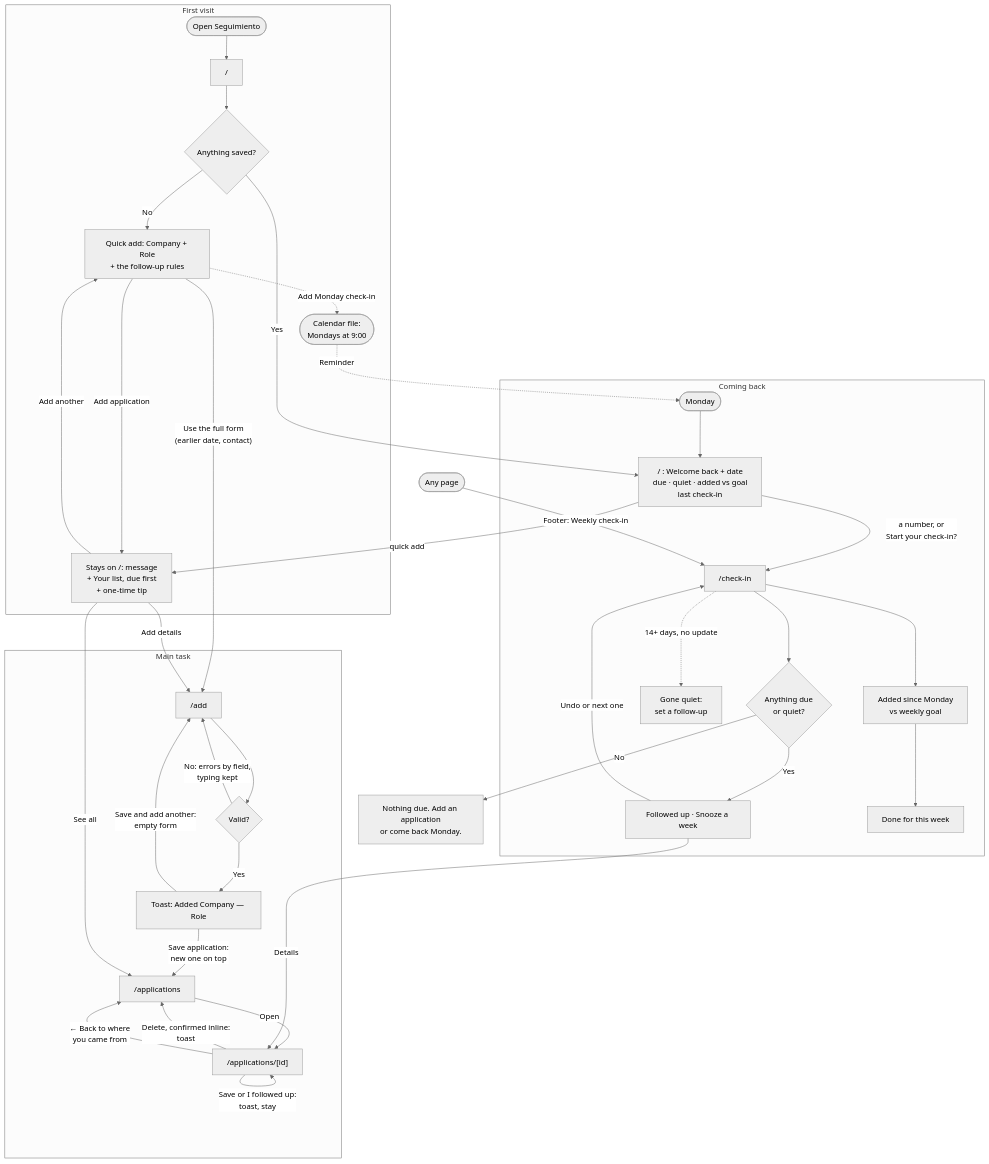
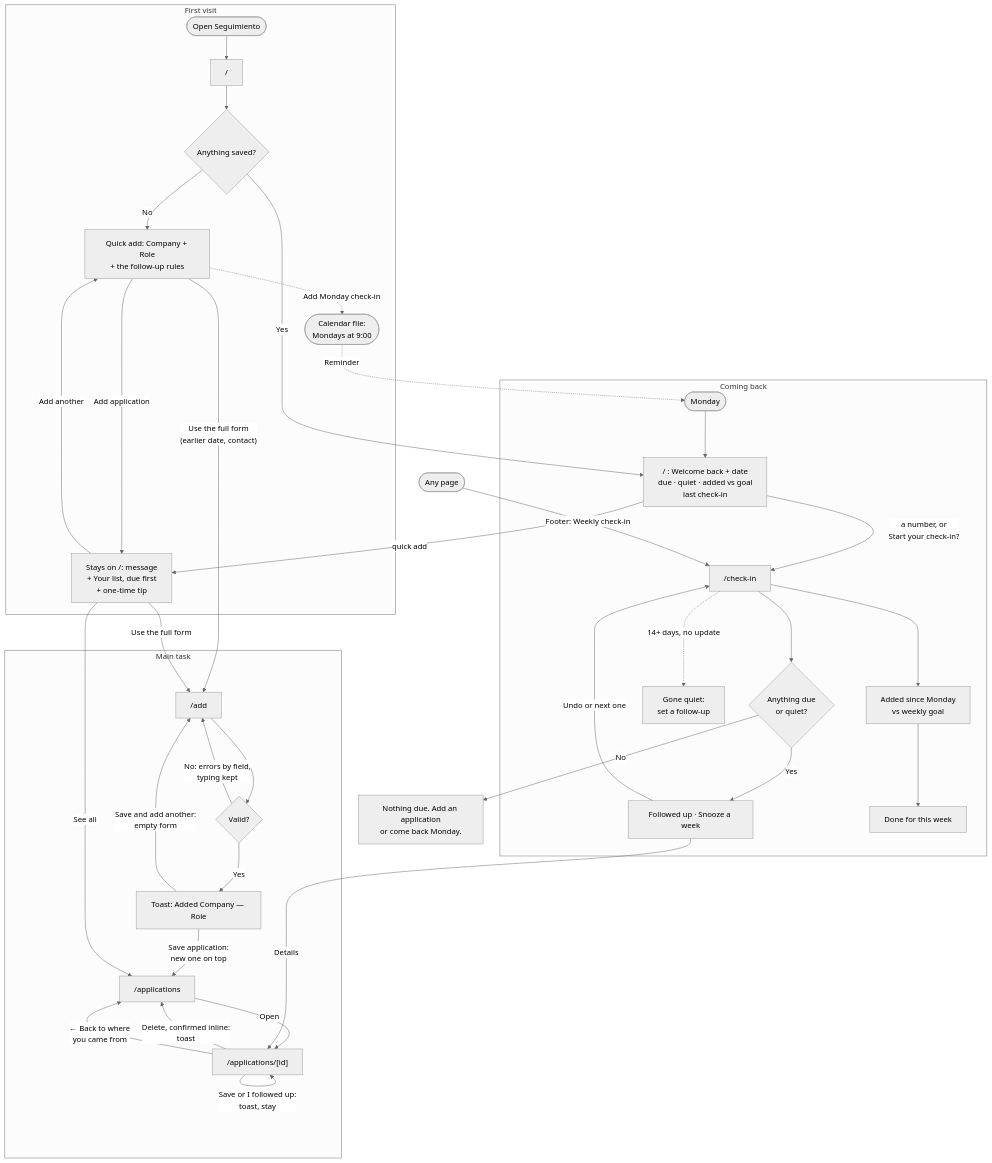
One commit to gmedranotorres/projectdbs changed the diagram in a3-patterns-and-flows/README.md. Above: the diagram before and after it, drawn with Mermaid (neutral theme). The commit also changed 3 other files, not shown here.

````diff
--- a/a3-patterns-and-flows/README.md
+++ b/a3-patterns-and-flows/README.md
@@ -17,44 +17,44 @@
 ```mermaid
 flowchart TD
   subgraph first["First visit"]
     open(["Open Seguimiento"]) --> home["/"]
     home --> anything{"Anything saved?"}
     anything -- No --> empty["Quick add: Company + Role<br/>+ the follow-up rules"]
     empty -- "Add application" --> listed["Stays on /: message<br/>+ Your list, due first<br/>+ one-time tip"]
     listed -- "Add another" --> empty
     empty -. "Add Monday check-in" .-> ics(["Calendar file:<br/>Mondays at 9:00"])
   end
 
   subgraph main["Main task"]
     add["/add"] --> valid{"Valid?"}
     valid -- "No: errors by field,<br/>typing kept" --> add
     valid -- Yes --> saved["Toast: Added Company — Role"]
     saved -- "Save and add another:<br/>empty form" --> add
     saved -- "Save application:<br/>new one on top" --> list["/applications"]
     list -- Open --> edit["/applications/[id]"]
     edit -- "Save or I followed up:<br/>toast, stay" --> edit
     edit -- "Delete, confirmed inline:<br/>toast" --> list
   end
 
   subgraph back["Coming back"]
     monday(["Monday"]) --> welcome["/ : Welcome back + date<br/>due · quiet · added vs goal<br/>last check-in"]
     welcome -- "a number, or<br/>Start your check-in?" --> checkin["/check-in"]
     checkin --> due{"Anything due<br/>or quiet?"}
     due -- Yes --> act["Followed up · Snooze a week"]
     act -- "Undo or next one" --> checkin
     checkin -. "14+ days, no update" .-> quiet["Gone quiet:<br/>set a follow-up"]
     checkin --> goal["Added since Monday<br/>vs weekly goal"]
     goal --> doneweek["Done for this week"]
   end
 
   empty -- "Use the full form<br/>(earlier date, contact)" --> add
   due -- No --> nothing["Nothing due. Add an application<br/>or come back Monday."]
   listed -- "See all" --> list
-  listed -- "Add details" --> add
+  listed -- "Use the full form" --> add
   ics -. "Reminder" .-> monday
   anything -- Yes --> welcome
   welcome -- "quick add" --> listed
   act -- Details --> edit
   anypage(["Any page"]) -- "Footer: Weekly check-in" --> checkin
   edit -- "← Back to where<br/>you came from" --> list
 ```
````
